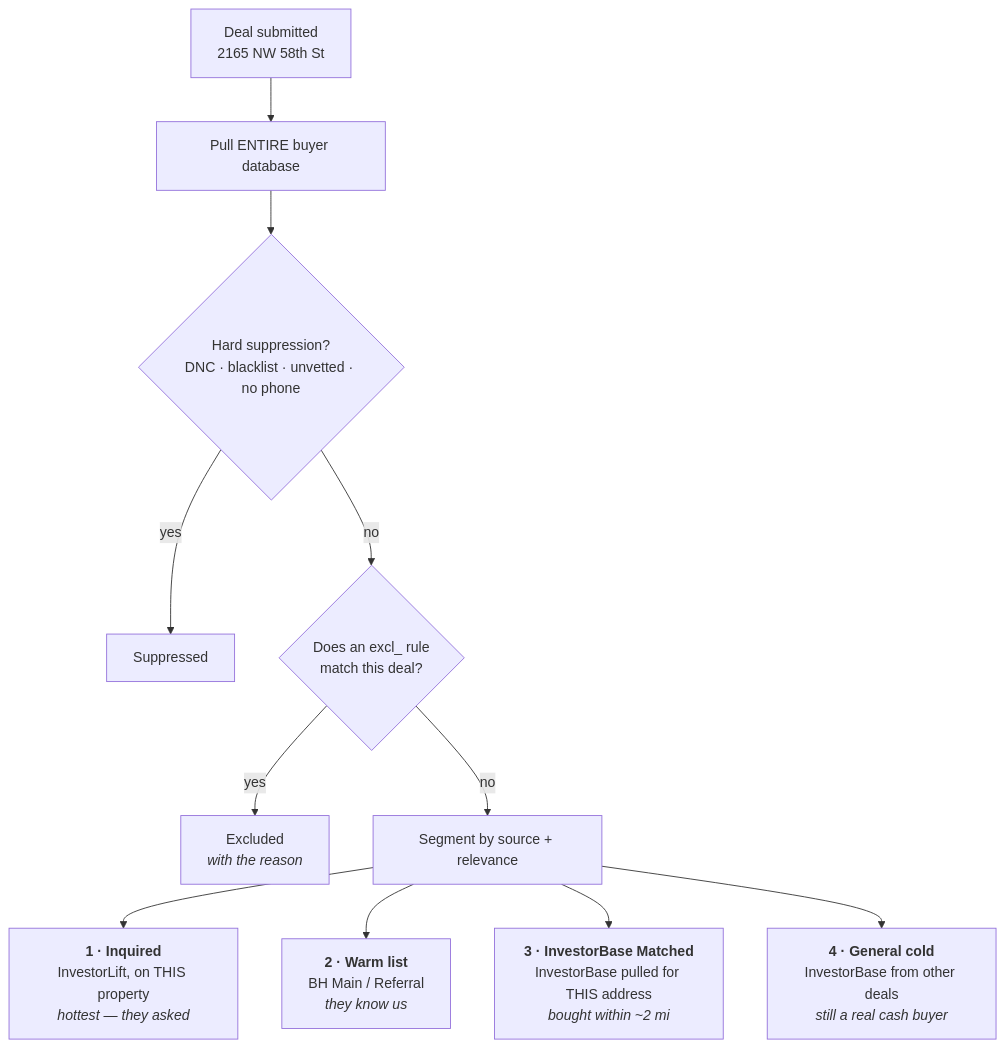
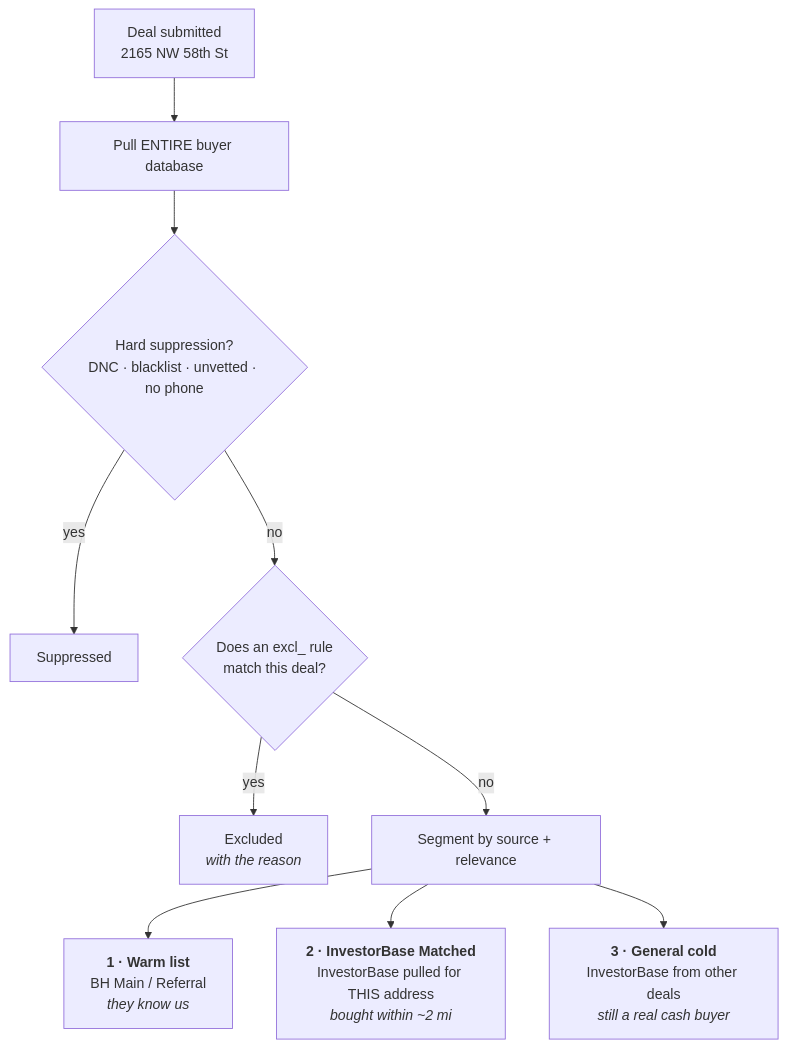
Before and after one commit to jfeelio/buying-hero-bot: the third of 5 diagrams in dispo-machine/ARCHITECTURE.md, drawn with Mermaid. The commit also changed other lines of this file and 21 other files, not shown here.

````diff
--- a/dispo-machine/ARCHITECTURE.md
+++ b/dispo-machine/ARCHITECTURE.md
@@ -122,14 +122,12 @@
 ```mermaid
 flowchart TD
   DEAL["Deal submitted<br/>2165 NW 58th St"] --> POOL["Pull ENTIRE buyer database"]
   POOL --> SUP{"Hard suppression?<br/>DNC · blacklist · unvetted · no phone"}
   SUP -->|yes| DROP1["Suppressed"]
   SUP -->|no| EXCL{"Does an excl_ rule<br/>match this deal?"}
   EXCL -->|yes| DROP2["Excluded<br/><i>with the reason</i>"]
   EXCL -->|no| SEG["Segment by source + relevance"]
-
-  SEG --> S1["<b>1 · Inquired</b><br/>InvestorLift, on THIS property<br/><i>hottest — they asked</i>"]
-  SEG --> S2["<b>2 · Warm list</b><br/>BH Main / Referral<br/><i>they know us</i>"]
-  SEG --> S3["<b>3 · InvestorBase Matched</b><br/>InvestorBase pulled for THIS address<br/><i>bought within ~2 mi</i>"]
-  SEG --> S4["<b>4 · General cold</b><br/>InvestorBase from other deals<br/><i>still a real cash buyer</i>"]
+  SEG --> S2["<b>1 · Warm list</b><br/>BH Main / Referral<br/><i>they know us</i>"]
+  SEG --> S3["<b>2 · InvestorBase Matched</b><br/>InvestorBase pulled for THIS address<br/><i>bought within ~2 mi</i>"]
+  SEG --> S4["<b>3 · General cold</b><br/>InvestorBase from other deals<br/><i>still a real cash buyer</i>"]
 ```
````
